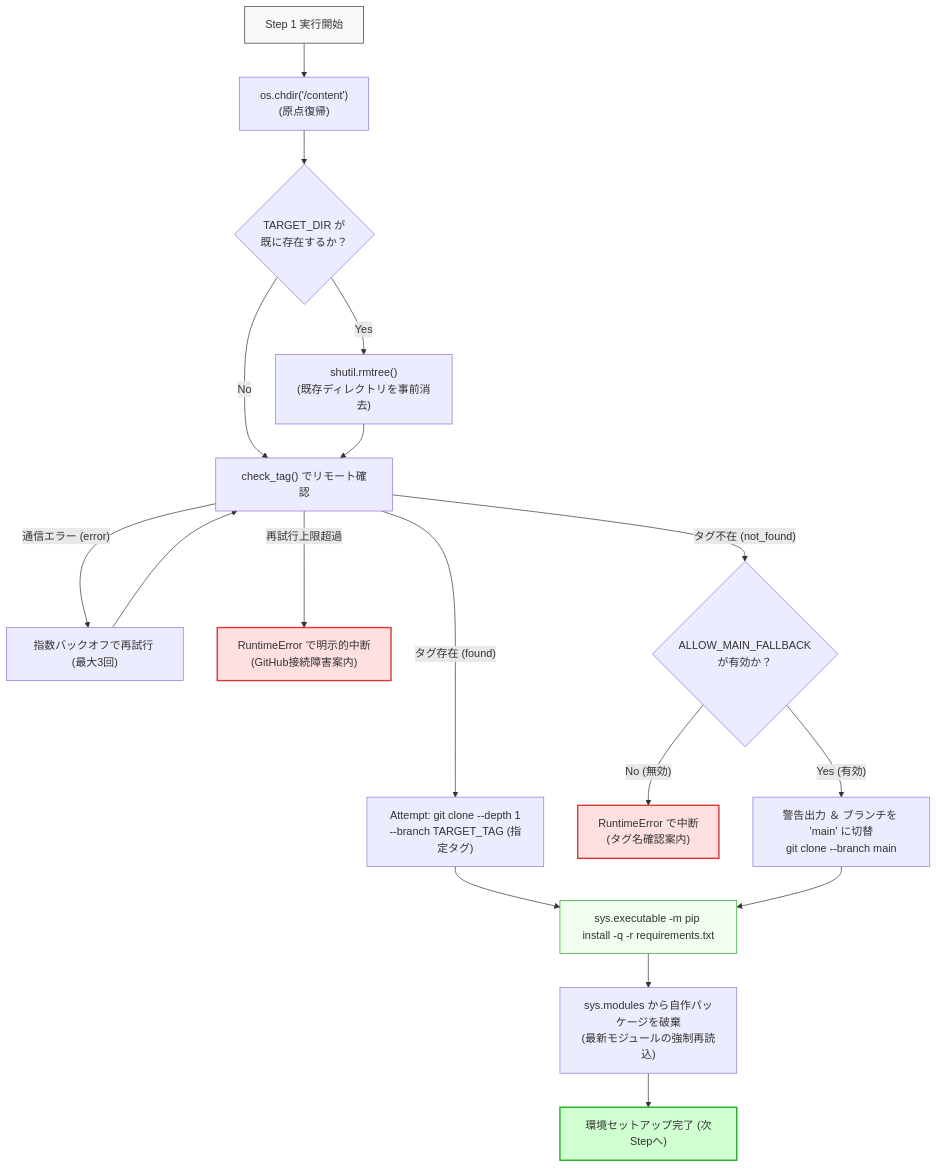
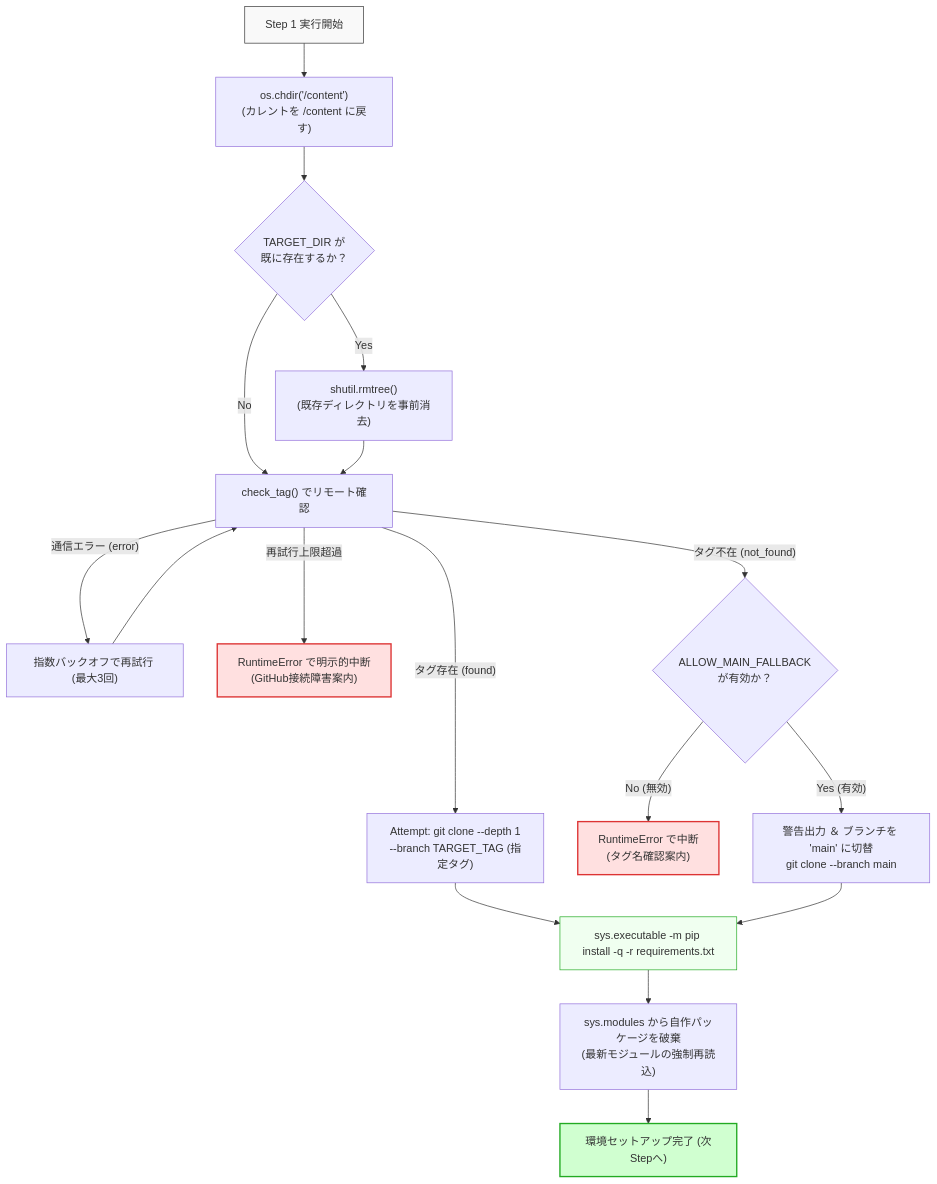
One commit to akkyey/stock-analyzer-core changed the diagram in docs/articles/qiita_part7_colab_git_bootstrap_architecture.md. Above: the diagram before and after it, drawn with Mermaid. The commit also changed other lines of this file and 1 other file, not shown here.

````diff
--- a/docs/articles/qiita_part7_colab_git_bootstrap_architecture.md
+++ b/docs/articles/qiita_part7_colab_git_bootstrap_architecture.md
@@ -120,29 +115,29 @@
 ```mermaid
 flowchart TD
-    Start["Step 1 実行開始"] --> CD["os.chdir('/content')<br/>(原点復帰)"]
+    Start["Step 1 実行開始"] --> CD["os.chdir('/content')<br/>(カレントを /content に戻す)"]
     CD --> CheckDir{"TARGET_DIR が<br/>既に存在するか？"}
     CheckDir -- "Yes" --> Clean["shutil.rmtree()<br/>(既存ディレクトリを事前消去)"]
     CheckDir -- "No" --> Verify
     Clean --> Verify["check_tag() でリモート確認"]
 
     Verify -- "通信エラー (error)" --> Retry["指数バックオフで再試行 (最大3回)"]
     Retry --> Verify
     Verify -- "再試行上限超過" --> ErrorExit["RuntimeError で明示的中断<br/>(GitHub接続障害案内)"]
 
     Verify -- "タグ存在 (found)" --> CloneTag["Attempt: git clone --depth 1<br/>--branch TARGET_TAG (指定タグ)"]
     Verify -- "タグ不在 (not_found)" --> CheckAllow{"ALLOW_MAIN_FALLBACK<br/>が有効か？"}
     CheckAllow -- "No (無効)" --> TagExit["RuntimeError で中断<br/>(タグ名確認案内)"]
     CheckAllow -- "Yes (有効)" --> CloneMain["警告出力 ＆ ブランチを 'main' に切替<br/>git clone --branch main"]
 
     CloneTag --> Pip["sys.executable -m pip install -q -r requirements.txt"]
     CloneMain --> Pip
 
     Pip --> Reload["sys.modules から自作パッケージを破棄<br/>(最新モジュールの強制再読込)"]
     Reload --> Ready["環境セットアップ完了 (次Stepへ)"]
 
     style Start fill:#f9f9f9,stroke:#333,stroke-width:1px,color:#333
     style Pip fill:#f0fff0,stroke:#2a2,stroke-width:1px,color:#333
     style Ready fill:#d0ffd0,stroke:#2a2,stroke-width:2px,color:#333
     style ErrorExit fill:#ffe0e0,stroke:#d33,stroke-width:2px,color:#333
     style TagExit fill:#ffe0e0,stroke:#d33,stroke-width:2px,color:#333
 ```
````
